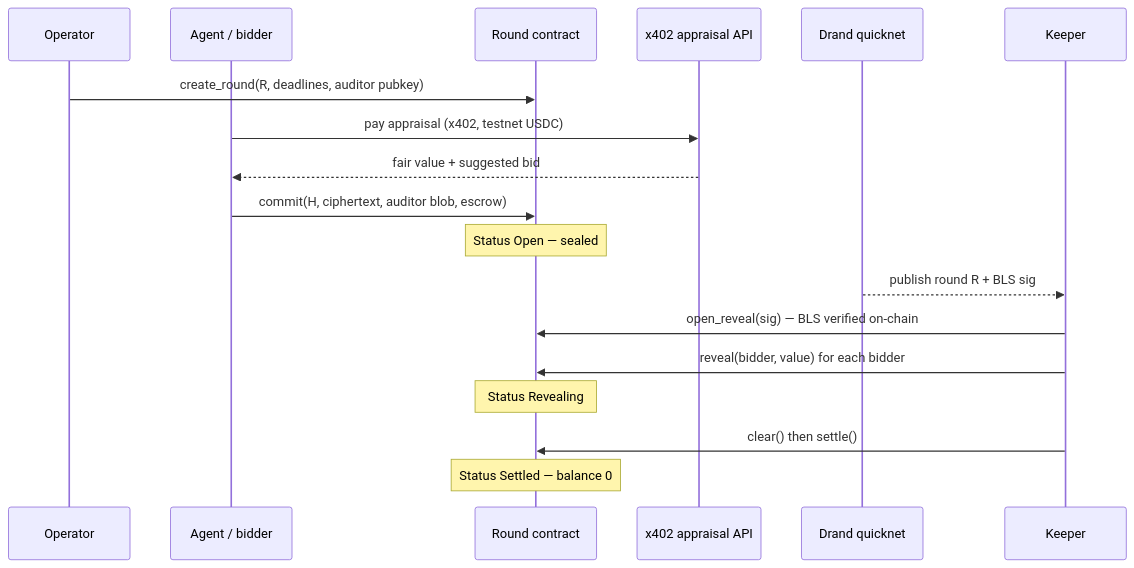
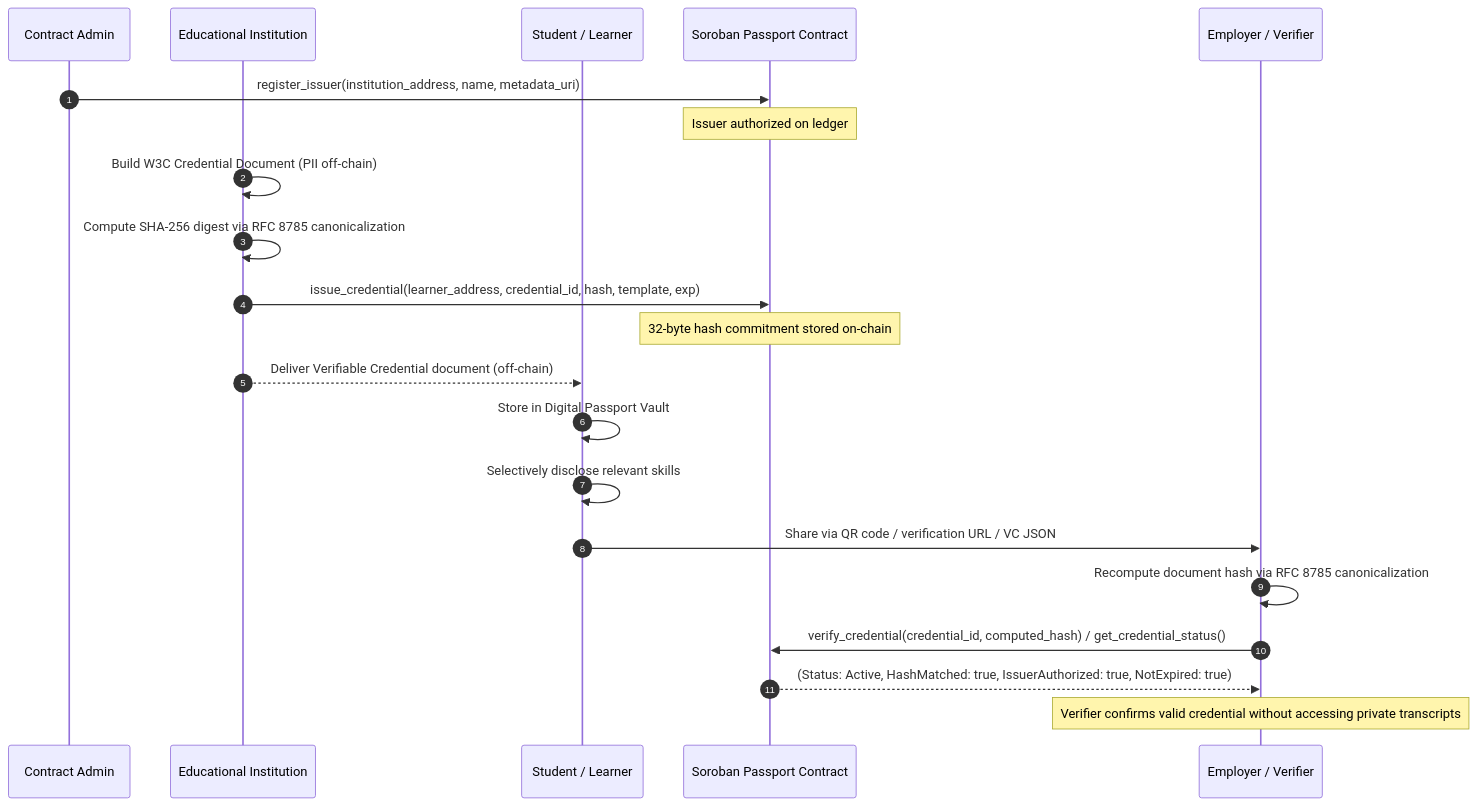
The diagram in ARCHITECTURE.md (ask4moreish/Decentralized-Global-Education-Skills-Passport), drawn with Mermaid before and after one commit. The commit also changed other lines of this file and 10 other files, not shown here.

Commit message:
fix: resolve high priority issues across contract compilation, typecheck, architecture, and security

````diff
--- a/ARCHITECTURE.md
+++ b/ARCHITECTURE.md
@@ -57,21 +63,27 @@
 ```mermaid
 sequenceDiagram
-  participant Op as Operator
-  participant A as Agent / bidder
-  participant C as Round contract
-  participant X as x402 appraisal API
-  participant D as Drand quicknet
-  participant K as Keeper
+  autonumber
+  participant Admin as Contract Admin
+  participant Inst as Educational Institution
+  participant Learner as Student / Learner
+  participant Soroban as Soroban Passport Contract
+  participant Emp as Employer / Verifier
 
-  Op->>C: create_round(R, deadlines, auditor pubkey)
-  A->>X: pay appraisal (x402, testnet USDC)
-  X-->>A: fair value + suggested bid
-  A->>C: commit(H, ciphertext, auditor blob, escrow)
-  Note over C: Status Open — sealed
-  D-->>K: publish round R + BLS sig
-  K->>C: open_reveal(sig) — BLS verified on-chain
-  K->>C: reveal(bidder, value) for each bidder
-  Note over C: Status Revealing
-  K->>C: clear() then settle()
-  Note over C: Status Settled — balance 0
+  Admin->>Soroban: register_issuer(institution_address, name, metadata_uri)
+  Note over Soroban: Issuer authorized on ledger
+
+  Inst->>Inst: Build W3C Credential Document (PII off-chain)
+  Inst->>Inst: Compute SHA-256 digest via RFC 8785 canonicalization
+  Inst->>Soroban: issue_credential(learner_address, credential_id, hash, template, exp)
+  Note over Soroban: 32-byte hash commitment stored on-chain
+
+  Inst-->>Learner: Deliver Verifiable Credential document (off-chain)
+  Learner->>Learner: Store in Digital Passport Vault
+  Learner->>Learner: Selectively disclose relevant skills
+  Learner->>Emp: Share via QR code / verification URL / VC JSON
+
+  Emp->>Emp: Recompute document hash via RFC 8785 canonicalization
+  Emp->>Soroban: verify_credential(credential_id, computed_hash) / get_credential_status()
+  Soroban-->>Emp: (Status: Active, HashMatched: true, IssuerAuthorized: true, NotExpired: true)
+  Note over Emp: Verifier confirms valid credential without accessing private transcripts
 ```
````
